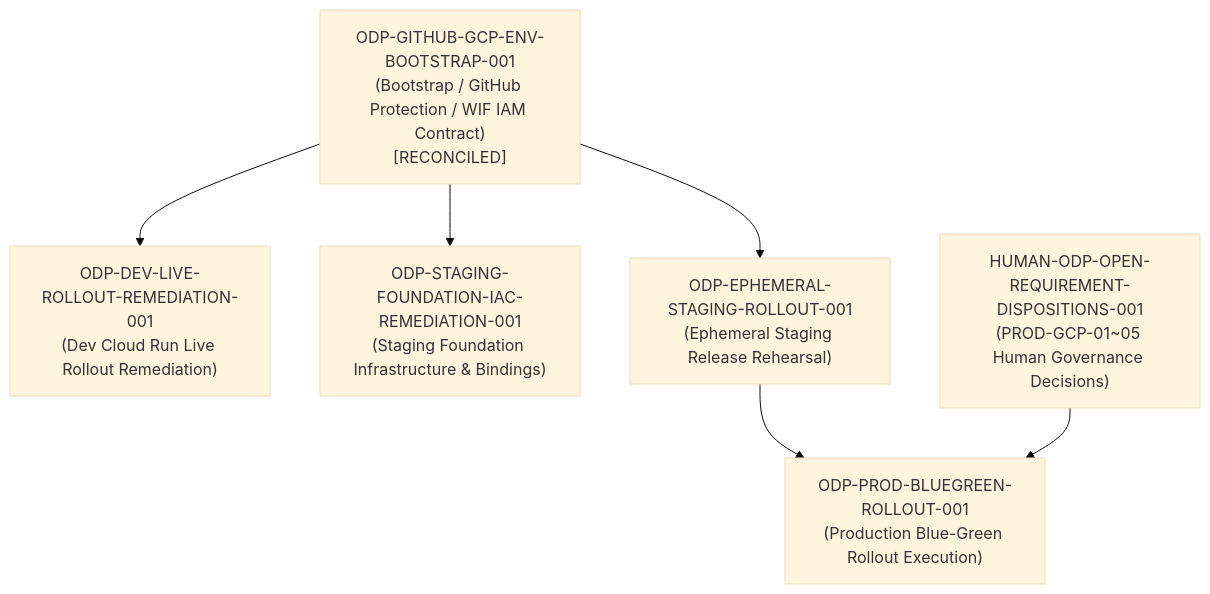
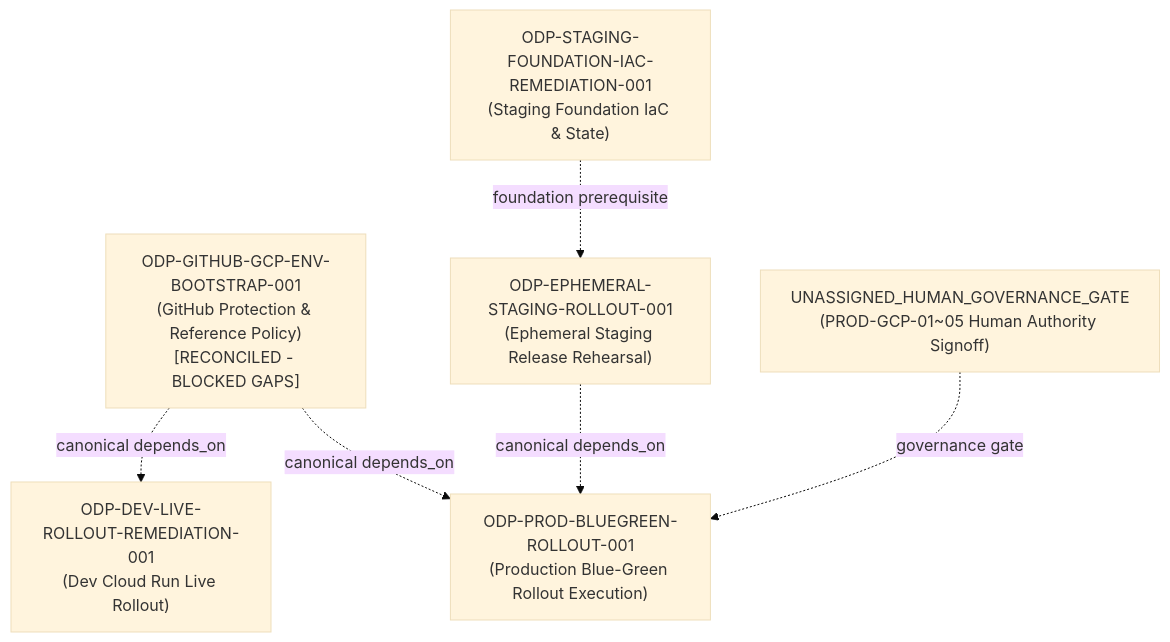
One commit to alfloop-dev/odayplus changed the diagram in docs/evidence/execution-control/ARCHIVE_RECOVERY_RECONCILIATION_20260911/ODP-GITHUB-GCP-ENV-BOOTSTRAP-001/README.md. Above: the diagram before and after it, drawn with Mermaid (base theme). The commit also changed other lines of this file and 2 other files, not shown here.

First line of the commit message:
ODP-GITHUB-GCP-ENV-BOOTSTRAP-001: 修正 A1-A5 驗收核對與缺口記錄

````diff
--- a/docs/evidence/execution-control/ARCHIVE_RECOVERY_RECONCILIATION_20260911/ODP-GITHUB-GCP-ENV-BOOTSTRAP-001/README.md
+++ b/docs/evidence/execution-control/ARCHIVE_RECOVERY_RECONCILIATION_20260911/ODP-GITHUB-GCP-ENV-BOOTSTRAP-001/README.md
@@ -47,13 +66,18 @@
 ```mermaid
 flowchart TD
-    BOOTSTRAP["ODP-GITHUB-GCP-ENV-BOOTSTRAP-001<br>(Bootstrap / GitHub Protection / WIF IAM Contract)<br>[RECONCILED]"]
-    
-    BOOTSTRAP --> DEV_ROLLOUT["ODP-DEV-LIVE-ROLLOUT-REMEDIATION-001<br>(Dev Cloud Run Live Rollout Remediation)"]
-    BOOTSTRAP --> STAGING_IAC["ODP-STAGING-FOUNDATION-IAC-REMEDIATION-001<br>(Staging Foundation Infrastructure & Bindings)"]
-    BOOTSTRAP --> STAGING_ROLLOUT["ODP-EPHEMERAL-STAGING-ROLLOUT-001<br>(Ephemeral Staging Release Rehearsal)"]
-    
-    HUMAN_GO["HUMAN-ODP-OPEN-REQUIREMENT-DISPOSITIONS-001<br>(PROD-GCP-01~05 Human Governance Decisions)"]
-    
-    STAGING_ROLLOUT --> PROD_ROLLOUT["ODP-PROD-BLUEGREEN-ROLLOUT-001<br>(Production Blue-Green Rollout Execution)"]
-    HUMAN_GO --> PROD_ROLLOUT
+    BOOTSTRAP["ODP-GITHUB-GCP-ENV-BOOTSTRAP-001<br>(GitHub Protection & Reference Policy)<br>[RECONCILED - BLOCKED GAPS]"]
+
+    DEV_ROLLOUT["ODP-DEV-LIVE-ROLLOUT-REMEDIATION-001<br>(Dev Cloud Run Live Rollout)"]
+    STAGING_IAC["ODP-STAGING-FOUNDATION-IAC-REMEDIATION-001<br>(Staging Foundation IaC & State)"]
+    STAGING_ROLLOUT["ODP-EPHEMERAL-STAGING-ROLLOUT-001<br>(Ephemeral Staging Release Rehearsal)"]
+
+    PROD_GCP_HUMAN["UNASSIGNED_HUMAN_GOVERNANCE_GATE<br>(PROD-GCP-01~05 Human Authority Signoff)"]
+    PROD_ROLLOUT["ODP-PROD-BLUEGREEN-ROLLOUT-001<br>(Production Blue-Green Rollout Execution)"]
+
+    BOOTSTRAP -.->|canonical depends_on| DEV_ROLLOUT
+    BOOTSTRAP -.->|canonical depends_on| PROD_ROLLOUT
+    STAGING_ROLLOUT -.->|canonical depends_on| PROD_ROLLOUT
+
+    STAGING_IAC -.->|foundation prerequisite| STAGING_ROLLOUT
+    PROD_GCP_HUMAN -.->|governance gate| PROD_ROLLOUT
 ```
````
